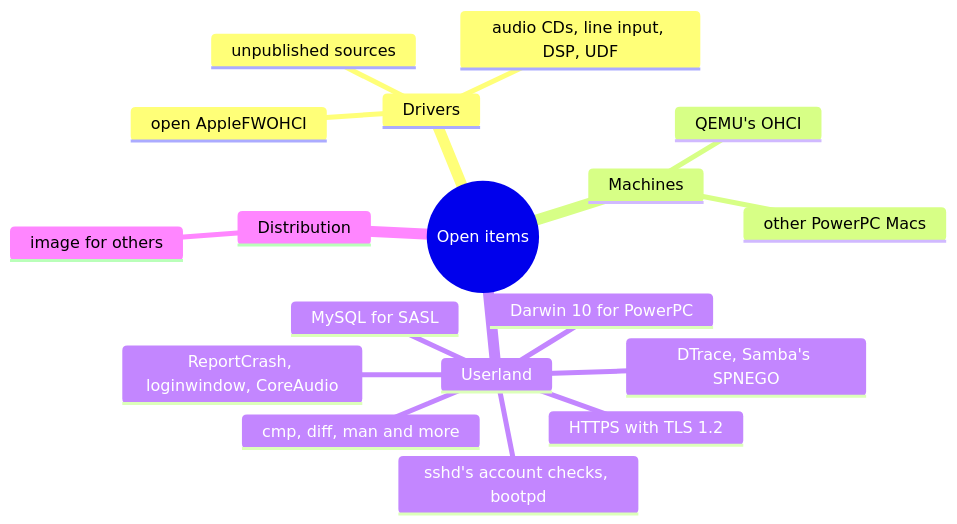
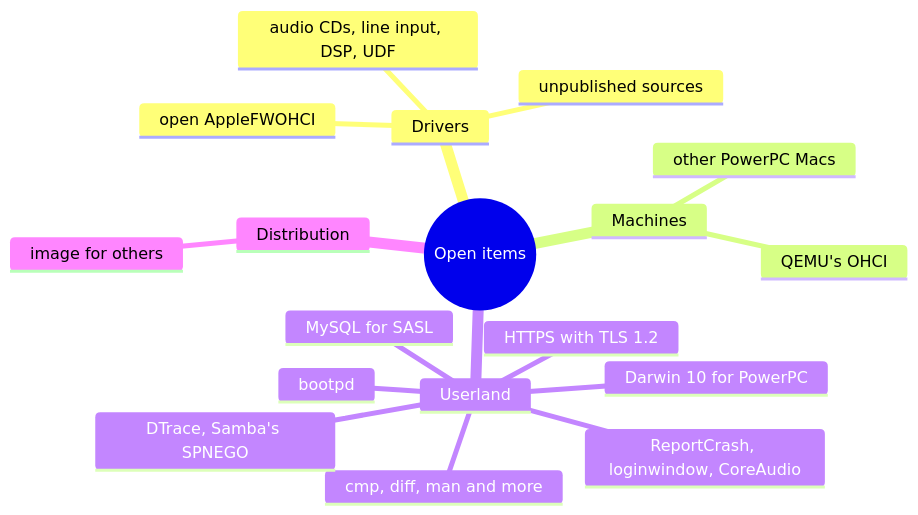
Before and after one commit to nyg/PowerDarwin: the diagram in docs/src/steps/whats-next.md, drawn with Mermaid. The commit also changed other lines of this file and 6 other files, not shown here.

Commit message:
feat: give sshd's account phase back to pam_securityserver

````diff
--- a/docs/src/steps/whats-next.md
+++ b/docs/src/steps/whats-next.md
@@ -89,21 +89,21 @@
 ```mermaid
 mindmap
   root((Open items))
     Drivers
       open AppleFWOHCI
       audio CDs, line input, DSP, UDF
       unpublished sources
     Machines
       other PowerPC Macs
       QEMU's OHCI
     Userland
-      sshd's account checks, bootpd
+      bootpd
       ReportCrash, loginwindow, CoreAudio
       MySQL for SASL
       cmp, diff, man and more
       HTTPS with TLS 1.2
       DTrace, Samba's SPNEGO
       Darwin 10 for PowerPC
     Distribution
       image for others
 ```
````
